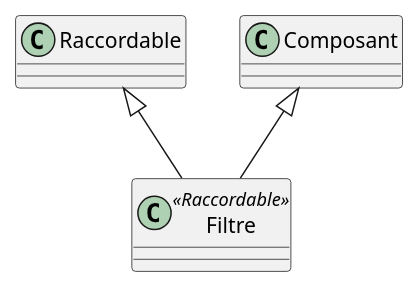
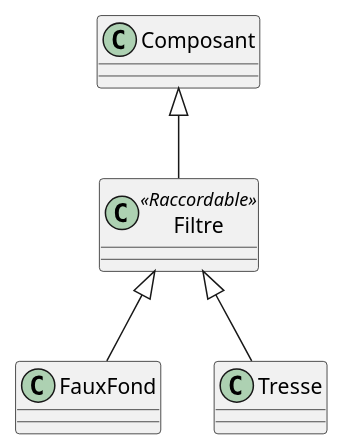
The diagram in filtre.iuml (beerfactory/brewbox-uml), drawn with PlantUML before and after one commit. The commit also changed 8 other files, not shown here.

```diff
--- a/filtre.iuml
+++ b/filtre.iuml
@@ -1,6 +1,15 @@
 class Filtre <<Raccordable>> {
 	
 }
 
-Raccordable <|-- Filtre
+class FauxFond {
+	
+}
+
+class Tresse {
+	
+}
+
+Filtre <|-- Tresse
+Filtre <|-- FauxFond
 Composant <|-- Filtre
```
